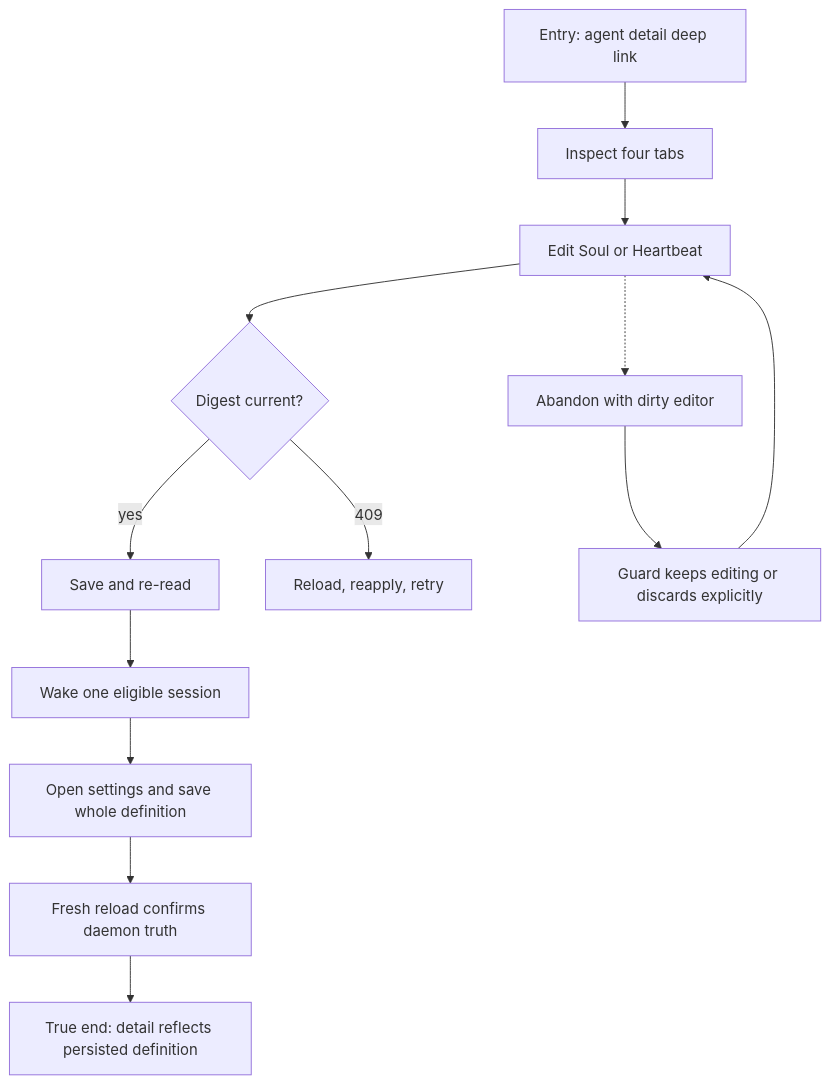
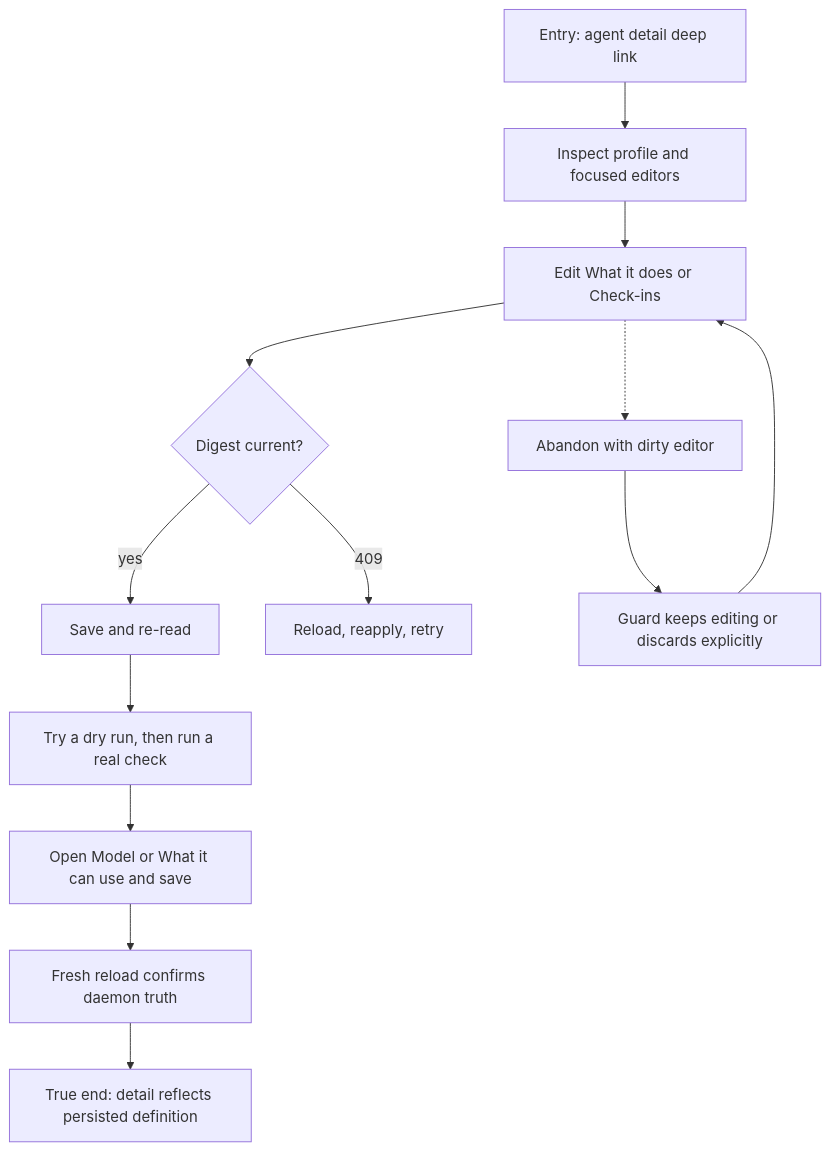
Before and after one commit to compozy/compozy: the diagram in docs/qa/journeys/J-31-steward-agent-definition.md, drawn with Mermaid. The commit also changed other lines of this file and 1586 other files, not shown here.

````diff
--- a/docs/qa/journeys/J-31-steward-agent-definition.md
+++ b/docs/qa/journeys/J-31-steward-agent-definition.md
@@ -3,15 +3,15 @@
 ```mermaid
 flowchart TD
-  A[Entry: agent detail deep link] --> B[Inspect four tabs]
-  B --> C[Edit Soul or Heartbeat]
+  A[Entry: agent detail deep link] --> B[Inspect profile and focused editors]
+  B --> C[Edit What it does or Check-ins]
   C --> D{Digest current?}
   D -->|yes| E[Save and re-read]
   D -->|409| F[Reload, reapply, retry]
-  E --> G[Wake one eligible session]
-  G --> H[Open settings and save whole definition]
+  E --> G[Try a dry run, then run a real check]
+  G --> H[Open Model or What it can use and save]
   H --> I[Fresh reload confirms daemon truth]
   C -.-> X[Abandon with dirty editor]
   X --> Y[Guard keeps editing or discards explicitly]
   Y --> C
   I --> J[True end: detail reflects persisted definition]
 ```
````
